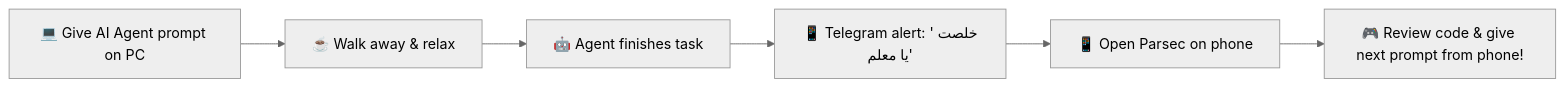
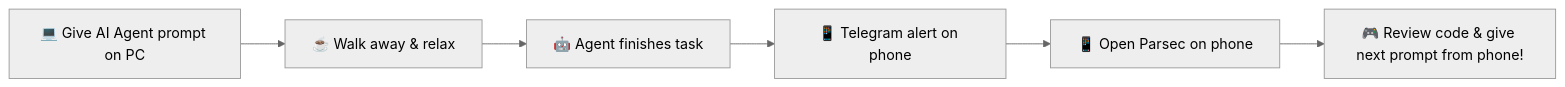
The diagram in README.md (alhinawi/telegram-notifier), drawn with Mermaid (neutral theme) before and after one commit. The commit also changed other lines of this file and 4 other files, not shown here.

````diff
--- a/README.md
+++ b/README.md
@@ -121,8 +172,8 @@
 ```mermaid
 graph LR
     A[💻 Give AI Agent prompt on PC] --> B[☕ Walk away & relax]
     B --> C[🤖 Agent finishes task]
-    C --> D[📱 Telegram alert: 'خلصت يا معلم']
+    C --> D[📱 Telegram alert on phone]
     D --> E[📱 Open Parsec on phone]
     E --> F[🎮 Review code & give next prompt from phone!]
 ```
````
